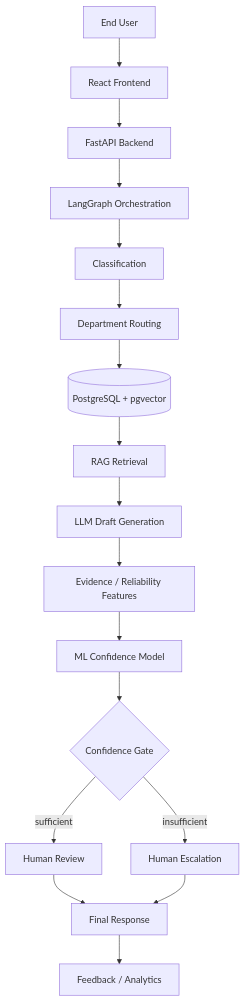
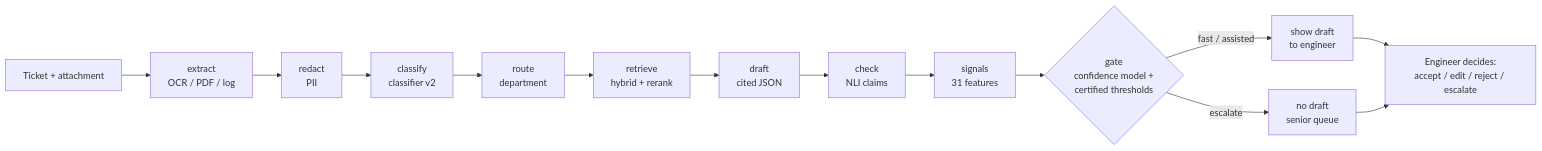
The diagram in README.md (Rishikesh10925/Ticket_Sense), drawn with Mermaid before and after one commit. The commit also changed other lines of this file, not shown here.

````diff
--- a/README.md
+++ b/README.md
@@ -155,19 +116,16 @@
 ```mermaid
-flowchart TD
-    U[End User] --> FE[React Frontend]
-    FE --> API[FastAPI Backend]
-    API --> LG[LangGraph Orchestration]
-    LG --> CLS[Classification]
-    CLS --> RT[Department Routing]
-    RT --> DB[(PostgreSQL + pgvector)]
-    DB --> RAG[RAG Retrieval]
-    RAG --> LLM[LLM Draft Generation]
-    LLM --> EV[Evidence / Reliability Features]
-    EV --> CM[ML Confidence Model]
-    CM --> GATE{Confidence Gate}
-    GATE -->|sufficient| HR[Human Review]
-    GATE -->|insufficient| HE[Human Escalation]
-    HR --> FINAL[Final Response]
-    HE --> FINAL
-    FINAL --> FB[Feedback / Analytics]
+flowchart LR
+    T[Ticket + attachment] --> X[extract<br/>OCR / PDF / log]
+    X --> R[redact<br/>PII]
+    R --> C[classify<br/>classifier v2]
+    C --> RT[route<br/>department]
+    RT --> RV[retrieve<br/>hybrid + rerank]
+    RV --> D[draft<br/>cited JSON]
+    D --> K[check<br/>NLI claims]
+    K --> S[signals<br/>31 features]
+    S --> G{gate<br/>confidence model +<br/>certified thresholds}
+    G -->|fast / assisted| SH[show draft<br/>to engineer]
+    G -->|escalate| E[no draft<br/>senior queue]
+    SH --> H[Engineer decides:<br/>accept / edit / reject / escalate]
+    E --> H
 ```
````
